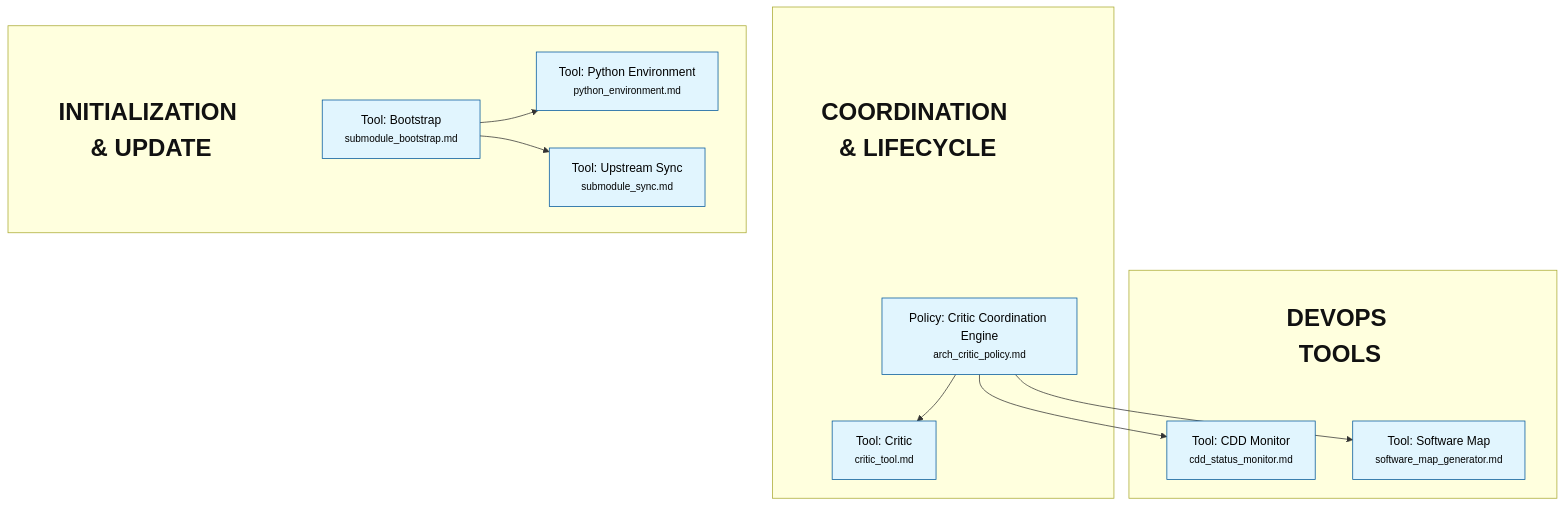
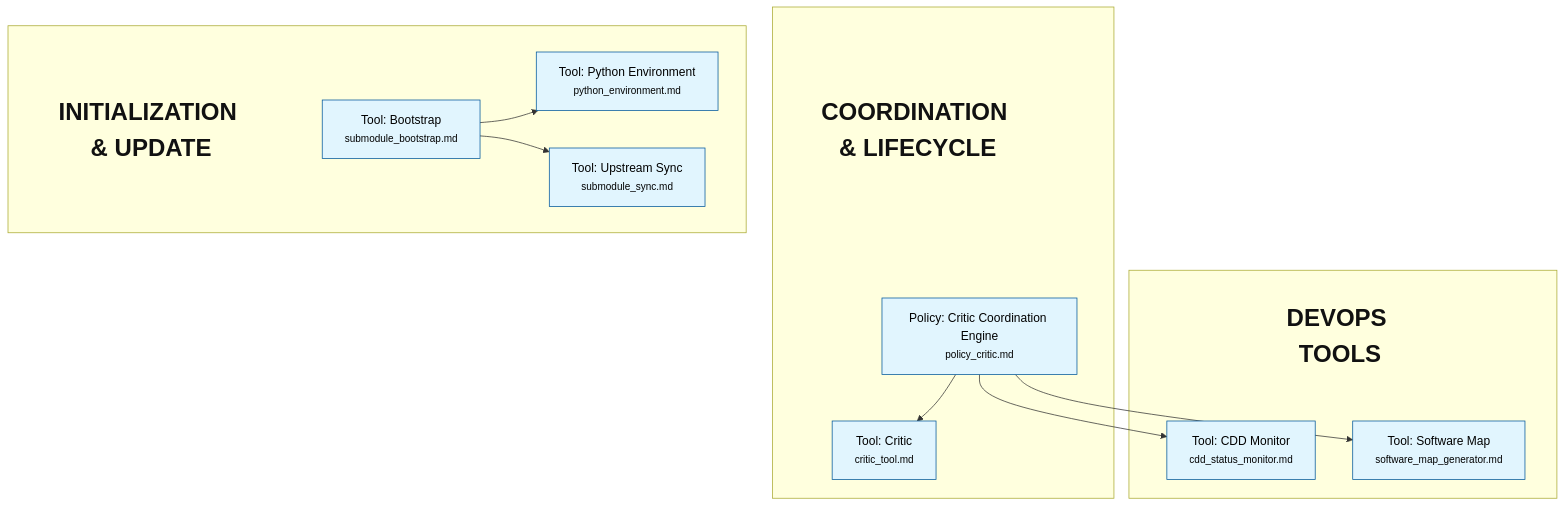
The diagram in README.md (rlabarca/agentic-dev-core), drawn with Mermaid before and after one commit. The commit also changed other lines of this file and 8 other files, not shown here.

First line of the commit message:
refactor(taxonomy): introduce anchor node taxonomy (arch_, design_, policy_)

````diff
--- a/README.md
+++ b/README.md
@@ -153,50 +153,50 @@
 ```mermaid
 flowchart TD
 
 
     subgraph Coordination_&_Lifecycle [" "]
         title_Coordination_&_Lifecycle["COORDINATION & LIFECYCLE"]
-        arch_critic_policy["Policy: Critic Coordination Engine<br/><small>arch_critic_policy.md</small>"]
-        title_Coordination_&_Lifecycle ~~~ arch_critic_policy
         critic_tool["Tool: Critic<br/><small>critic_tool.md</small>"]
         title_Coordination_&_Lifecycle ~~~ critic_tool
+        policy_critic["Policy: Critic Coordination Engine<br/><small>policy_critic.md</small>"]
+        title_Coordination_&_Lifecycle ~~~ policy_critic
     end
 
     subgraph DevOps_Tools [" "]
         title_DevOps_Tools["DEVOPS TOOLS"]
         cdd_status_monitor["Tool: CDD Monitor<br/><small>cdd_status_monitor.md</small>"]
         title_DevOps_Tools ~~~ cdd_status_monitor
         software_map_generator["Tool: Software Map<br/><small>software_map_generator.md</small>"]
         title_DevOps_Tools ~~~ software_map_generator
     end
 
     subgraph Initialization_&_Update [" "]
         title_Initialization_&_Update["INITIALIZATION & UPDATE"]
         python_environment["Tool: Python Environment<br/><small>python_environment.md</small>"]
         title_Initialization_&_Update ~~~ python_environment
         submodule_bootstrap["Tool: Bootstrap<br/><small>submodule_bootstrap.md</small>"]
         title_Initialization_&_Update ~~~ submodule_bootstrap
         submodule_sync["Tool: Upstream Sync<br/><small>submodule_sync.md</small>"]
         title_Initialization_&_Update ~~~ submodule_sync
     end
 
     %% Relationships
-    arch_critic_policy --> cdd_status_monitor
-    arch_critic_policy --> critic_tool
+    policy_critic --> cdd_status_monitor
+    policy_critic --> critic_tool
     submodule_bootstrap --> python_environment
-    arch_critic_policy --> software_map_generator
+    policy_critic --> software_map_generator
     submodule_bootstrap --> submodule_sync
 
     %% Styling Definitions
     classDef default fill:#e1f5fe,stroke:#01579b,stroke-width:1px,color:black;
     classDef release fill:#f96,stroke:#333,stroke-width:2px,color:black,font-weight:bold;
     classDef hardware fill:#e8f5e9,stroke:#2e7d32,stroke-width:1px,color:black;
     classDef ui fill:#f3e5f5,stroke:#7b1fa2,stroke-width:1px,color:black;
     classDef process fill:#f1f8e9,stroke:#558b2f,stroke-width:1px,color:black;
     classDef subgraphTitle fill:none,stroke:none,color:#111,font-size:32px,font-weight:bold;
 
     %% Style Applications
     class title_Coordination_&_Lifecycle subgraphTitle;
     class title_DevOps_Tools subgraphTitle;
     class title_Initialization_&_Update subgraphTitle;
 ```
````
